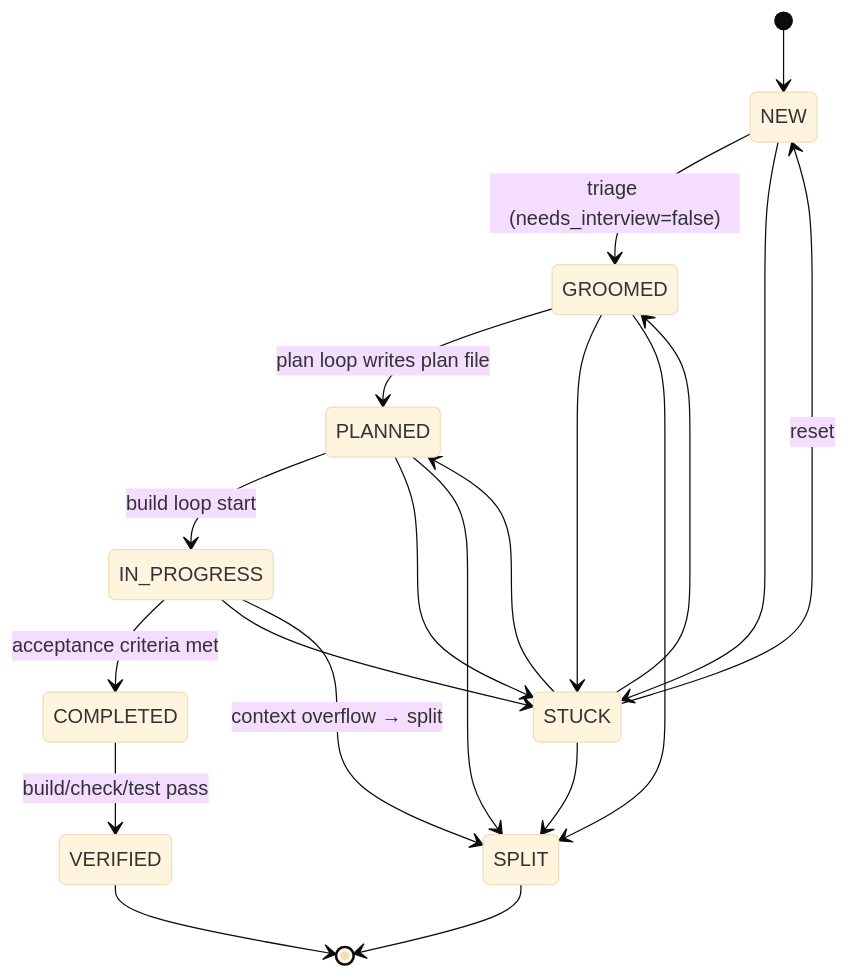
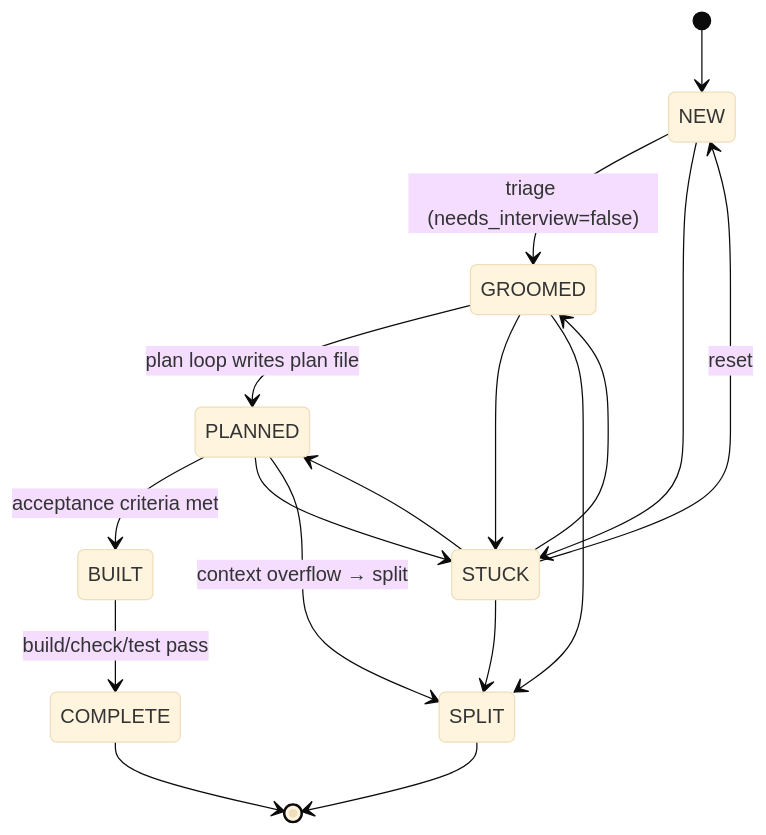
The diagram in resources/architecture/issue-state-machine.md (vx-daniel/barf-ts), drawn with Mermaid (base theme) before and after one commit. The commit also changed other lines of this file and 72 other files, not shown here.

````diff
--- a/resources/architecture/issue-state-machine.md
+++ b/resources/architecture/issue-state-machine.md
@@ -22,28 +21,24 @@
 ```mermaid
 stateDiagram-v2
     [*] --> NEW
     NEW --> GROOMED : triage (needs_interview=false)
     NEW --> STUCK
 
     GROOMED --> PLANNED : plan loop writes plan file
     GROOMED --> STUCK
     GROOMED --> SPLIT
 
-    PLANNED --> IN_PROGRESS : build loop start
+    PLANNED --> BUILT : acceptance criteria met
     PLANNED --> STUCK
-    PLANNED --> SPLIT
+    PLANNED --> SPLIT : context overflow → split
 
-    IN_PROGRESS --> COMPLETED : acceptance criteria met
-    IN_PROGRESS --> STUCK
-    IN_PROGRESS --> SPLIT : context overflow → split
-
-    COMPLETED --> VERIFIED : build/check/test pass
+    BUILT --> COMPLETE : build/check/test pass
 
     STUCK --> NEW : reset
     STUCK --> GROOMED
     STUCK --> PLANNED
     STUCK --> SPLIT
 
-    VERIFIED --> [*]
+    COMPLETE --> [*]
     SPLIT --> [*]
 ```
````
